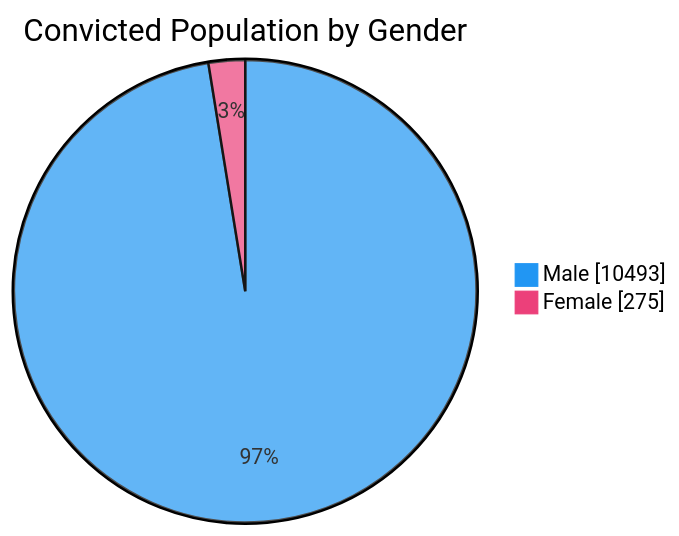
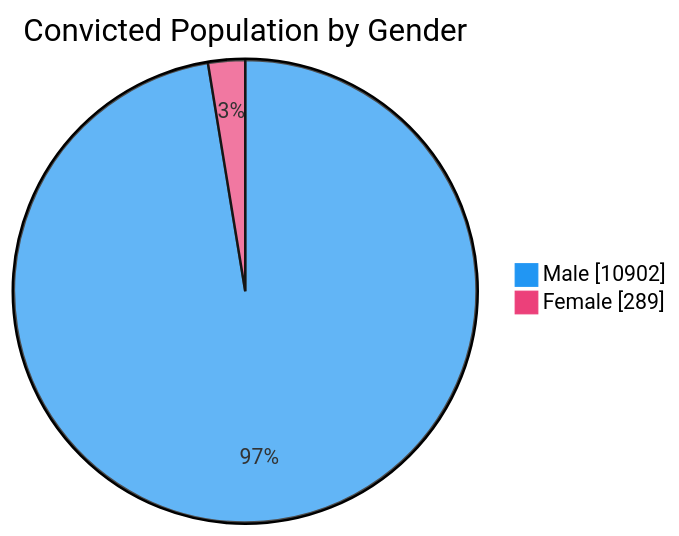
Before and after one commit to nuuuwan/lk_prisons: the third of 7 diagrams in README.md, drawn with Mermaid. The commit also changed other lines of this file and 1 other file, not shown here.

````diff
--- a/README.md
+++ b/README.md
@@ -65,6 +65,6 @@
 ```mermaid
 %%{init: {'themeVariables': {'pie1': '#2196F3', 'pie2': '#EC407A'}}}%%
 pie showData title Convicted Population by Gender
-    "Male" : 10493
-    "Female" : 275
+    "Male" : 10902
+    "Female" : 289
 ```
````
